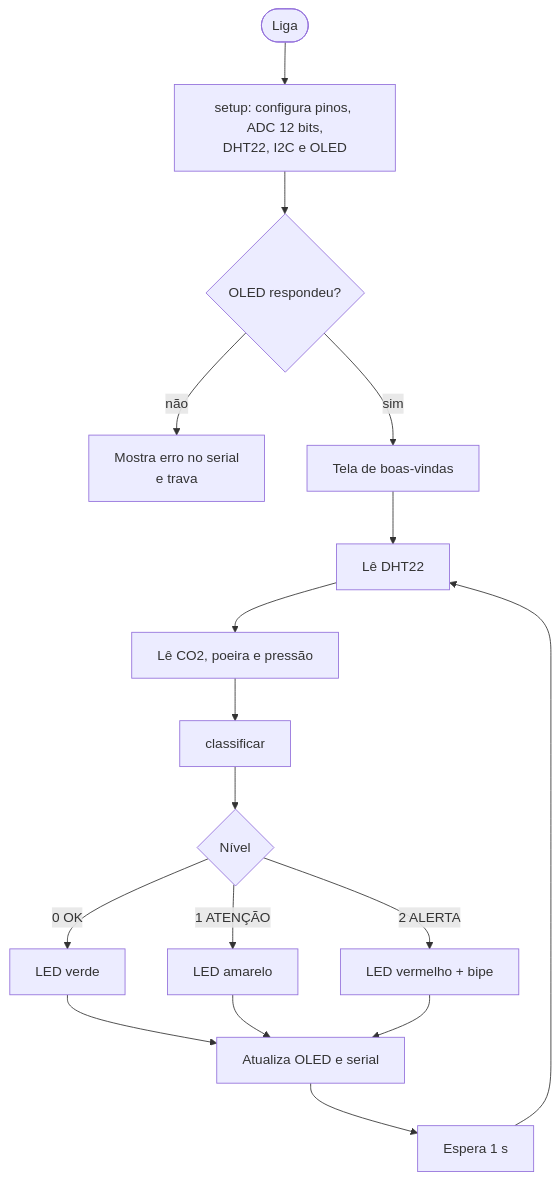
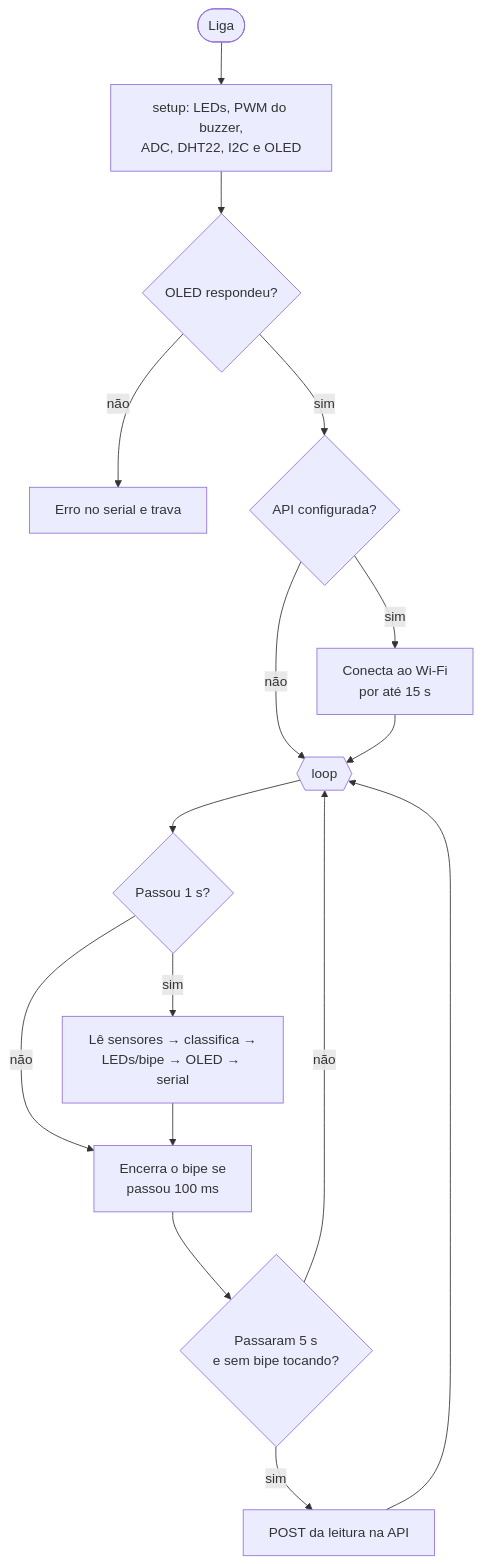
The third of 3 diagrams in docs/arquitetura.md (DaviFCSilva/air-sense), drawn with Mermaid before and after one commit. The commit also changed other lines of this file and 5 other files, not shown here.

````diff
--- a/docs/arquitetura.md
+++ b/docs/arquitetura.md
@@ -111,19 +156,19 @@
 ```mermaid
 flowchart TD
-    A([Liga]) --> B[setup: configura pinos, ADC 12 bits,<br/>DHT22, I2C e OLED]
+    A([Liga]) --> B[setup: LEDs, PWM do buzzer,<br/>ADC, DHT22, I2C e OLED]
     B --> C{OLED respondeu?}
-    C -- não --> D[Mostra erro no serial<br/>e trava]
-    C -- sim --> E[Tela de boas-vindas]
-    E --> F[Lê DHT22]
-    F --> G[Lê CO2, poeira e pressão]
-    G --> H[classificar]
-    H --> I{Nível}
-    I -- 0 OK --> J[LED verde]
-    I -- 1 ATENÇÃO --> K[LED amarelo]
-    I -- 2 ALERTA --> L[LED vermelho + bipe]
-    J --> M[Atualiza OLED e serial]
-    K --> M
-    L --> M
-    M --> N[Espera 1 s]
-    N --> F
+    C -- não --> D[Erro no serial e trava]
+    C -- sim --> W{API configurada?}
+    W -- sim --> WF[Conecta ao Wi-Fi<br/>por até 15 s]
+    W -- não --> LP
+    WF --> LP
+
+    LP{{loop}} --> T1{Passou 1 s?}
+    T1 -- sim --> R[Lê sensores → classifica →<br/>LEDs/bipe → OLED → serial]
+    T1 -- não --> T2
+    R --> T2[Encerra o bipe se<br/>passou 100 ms]
+    T2 --> T3{Passaram 5 s<br/>e sem bipe tocando?}
+    T3 -- sim --> P[POST da leitura na API]
+    T3 -- não --> LP
+    P --> LP
 ```
````
